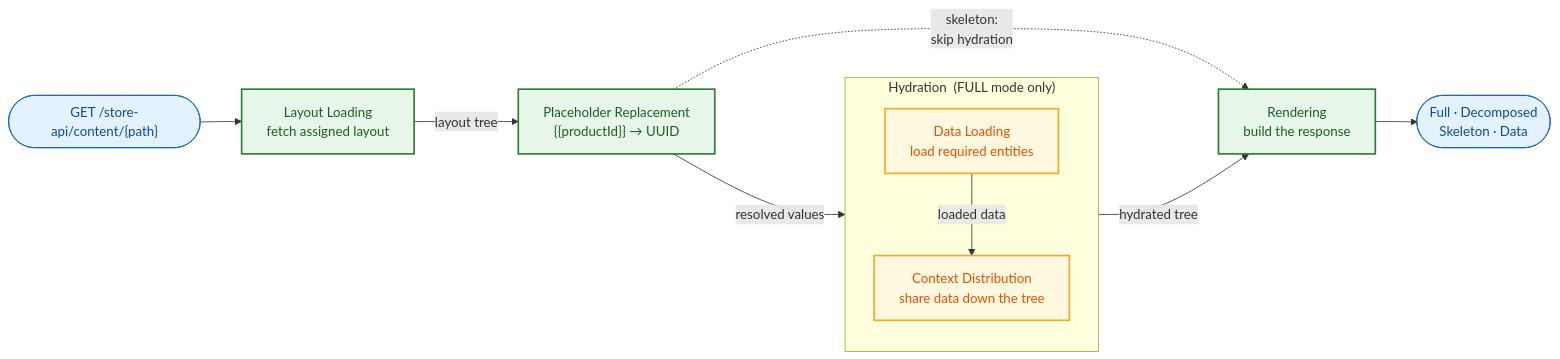
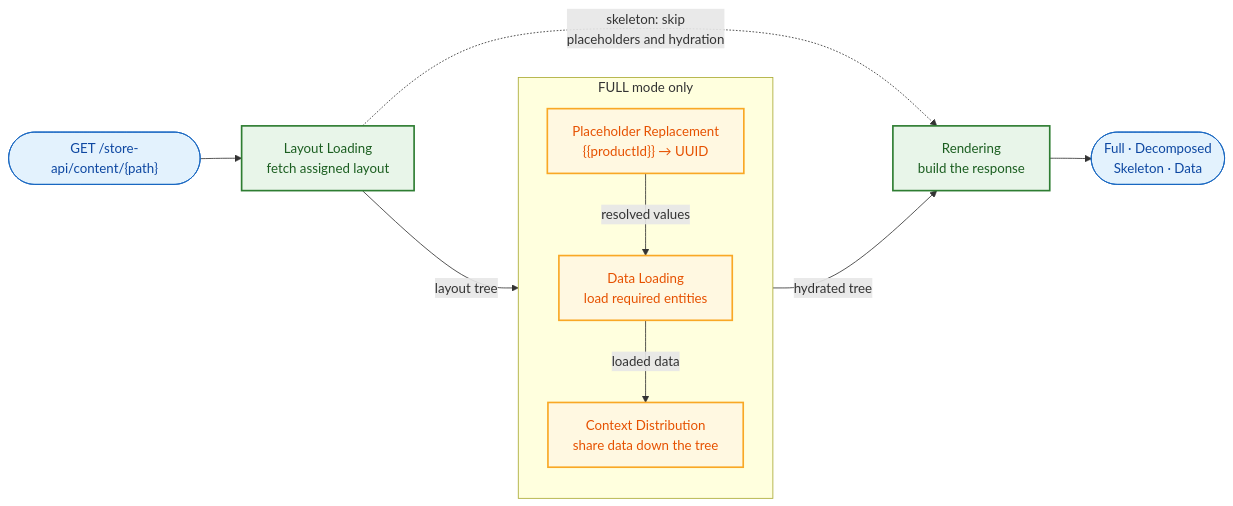
One commit to shopware/shopware changed the diagram in src/Core/Framework/ContentSystem/docs/data-flow.md. Above: the diagram before and after it, drawn with Mermaid. The commit also changed 25 other files, not shown here.

````diff
--- a/src/Core/Framework/ContentSystem/docs/data-flow.md
+++ b/src/Core/Framework/ContentSystem/docs/data-flow.md
@@ -5,30 +5,30 @@
 ```mermaid
 graph LR
     REQ(["GET /store-api/content/{path}"]) --> A
 
     A["Layout Loading<br/>fetch assigned layout"]
-    B["Placeholder Replacement<br/>{{productId}} → UUID"]
 
-    subgraph HYDR["Hydration &nbsp;(FULL mode only)"]
+    subgraph FULLONLY["FULL mode only"]
         direction TB
+        B["Placeholder Replacement<br/>{{productId}} → UUID"]
         C["Data Loading<br/>load required entities"]
         D["Context Distribution<br/>share data down the tree"]
+        B -- "resolved values" --> C
         C -- "loaded data" --> D
     end
 
     E["Rendering<br/>build the response"]
     RES(["Full · Decomposed<br/>Skeleton · Data"])
 
     A -- "layout tree" --> B
-    B -- "resolved values" --> C
     D -- "hydrated tree" --> E
     E --> RES
-    B -. "skeleton:<br/>skip hydration" .-> E
+    A -. "skeleton: skip<br/>placeholders and hydration" .-> E
 
     classDef io fill:#e3f2fd,stroke:#1565c0,stroke-width:1px,color:#0d47a1
     classDef step fill:#e8f5e9,stroke:#2e7d32,stroke-width:2px,color:#1b5e20
     classDef hydr fill:#fff8e1,stroke:#f9a825,stroke-width:2px,color:#e65100
     class REQ,RES io
-    class A,B,E step
-    class C,D hydr
+    class A,E step
+    class B,C,D hydr
 ```
````
